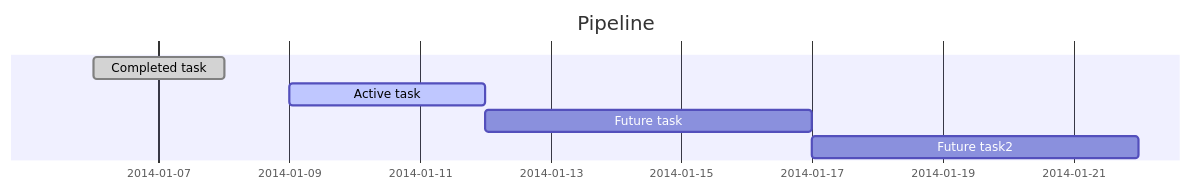
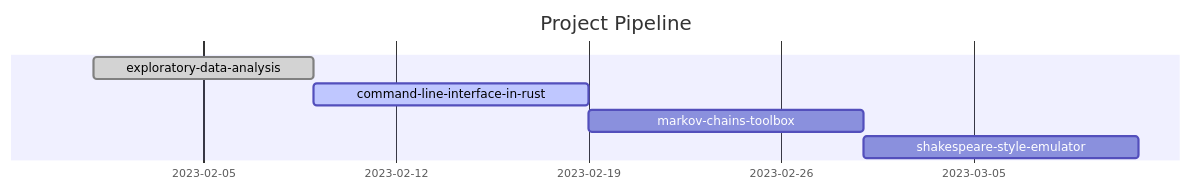
One commit to pabloagn/pabloagn changed the second of 2 diagrams in README.md. Above: the diagram before and after it, drawn with Mermaid.

Commit message:
Completed Ghantt Chart for Project Pipeline

````diff
--- a/README.md
+++ b/README.md
@@ -172,10 +172,9 @@
 ```mermaid
 gantt
 dateFormat  YYYY-MM-DD
-title Pipeline
-excludes weekdays 2014-01-10section A section
-Completed task            :done,    des1, 2014-01-06,2014-01-08
-Active task               :active,  des2, 2014-01-09, 3d
-Future task               :         des3, after des2, 5d
-Future task2              :         des4, after des3, 5d
+title Project Pipeline
+exploratory-data-analysis                :done,    des1, 2023-02-01,2023-02-09
+command-line-interface-in-rust           :active,  des2, 2023-02-09, 10d
+markov-chains-toolbox                    :         des3, after des2, 10d
+shakespeare-style-emulator               :         des4, after des3, 10d
 ```
````
